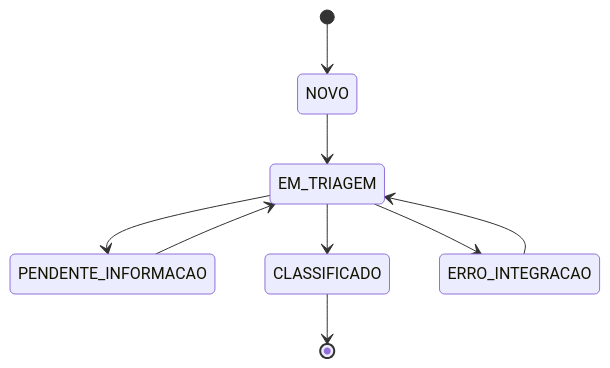
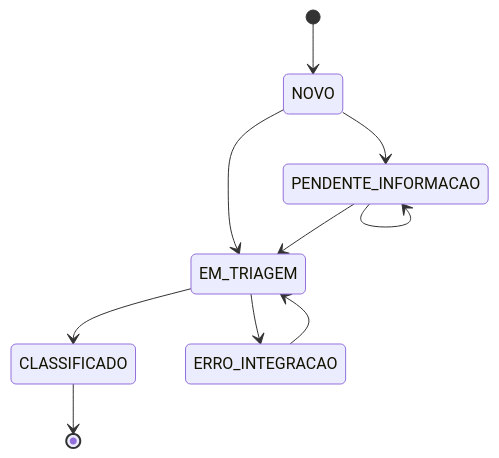
One commit to Elfarias/itsm-engine changed the second of 2 diagrams in ARCHITECTURE.md. Above: the diagram before and after it, drawn with Mermaid. The commit also changed other lines of this file and 2 other files, not shown here.

Commit message:
docs(architecture): document deterministic triage

````diff
--- a/ARCHITECTURE.md
+++ b/ARCHITECTURE.md
@@ -228,11 +250,12 @@
 ``` mermaid
 stateDiagram-v2
     [*] --> NOVO
     NOVO --> EM_TRIAGEM
-    EM_TRIAGEM --> PENDENTE_INFORMACAO
+    NOVO --> PENDENTE_INFORMACAO
     PENDENTE_INFORMACAO --> EM_TRIAGEM
+    PENDENTE_INFORMACAO --> PENDENTE_INFORMACAO
     EM_TRIAGEM --> CLASSIFICADO
     EM_TRIAGEM --> ERRO_INTEGRACAO
     ERRO_INTEGRACAO --> EM_TRIAGEM
     CLASSIFICADO --> [*]
 ```
````
